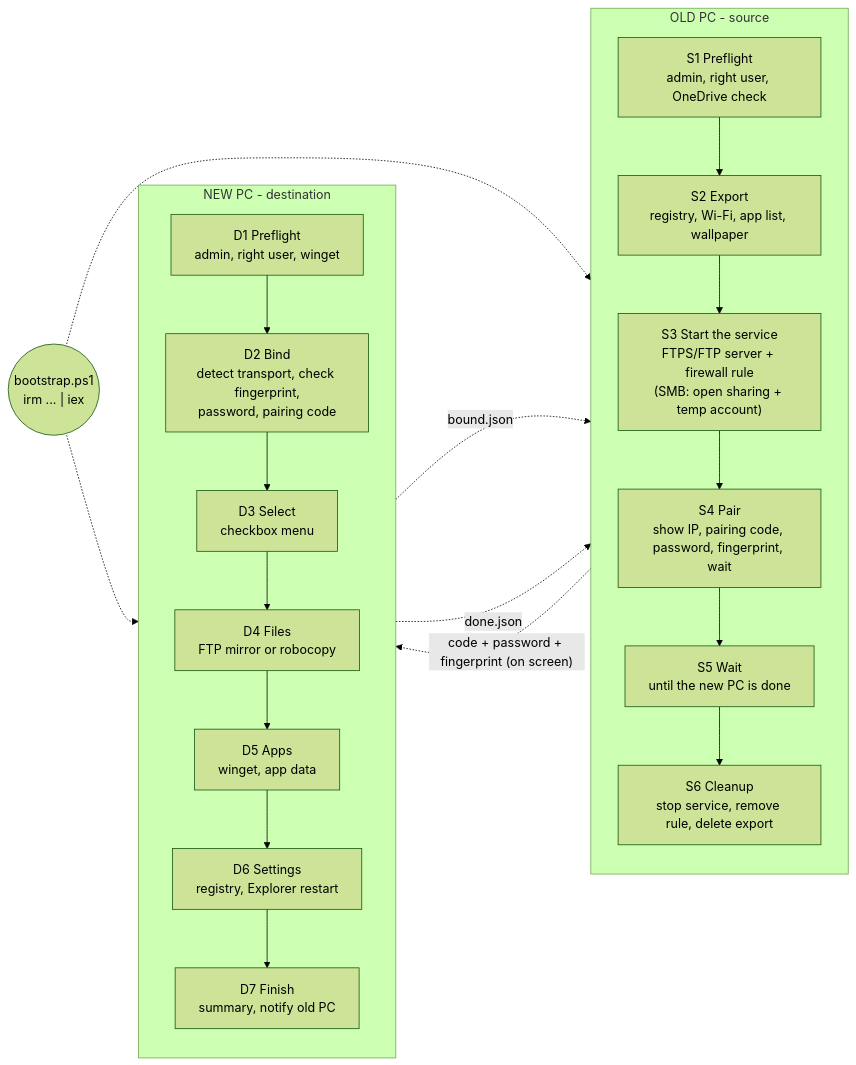
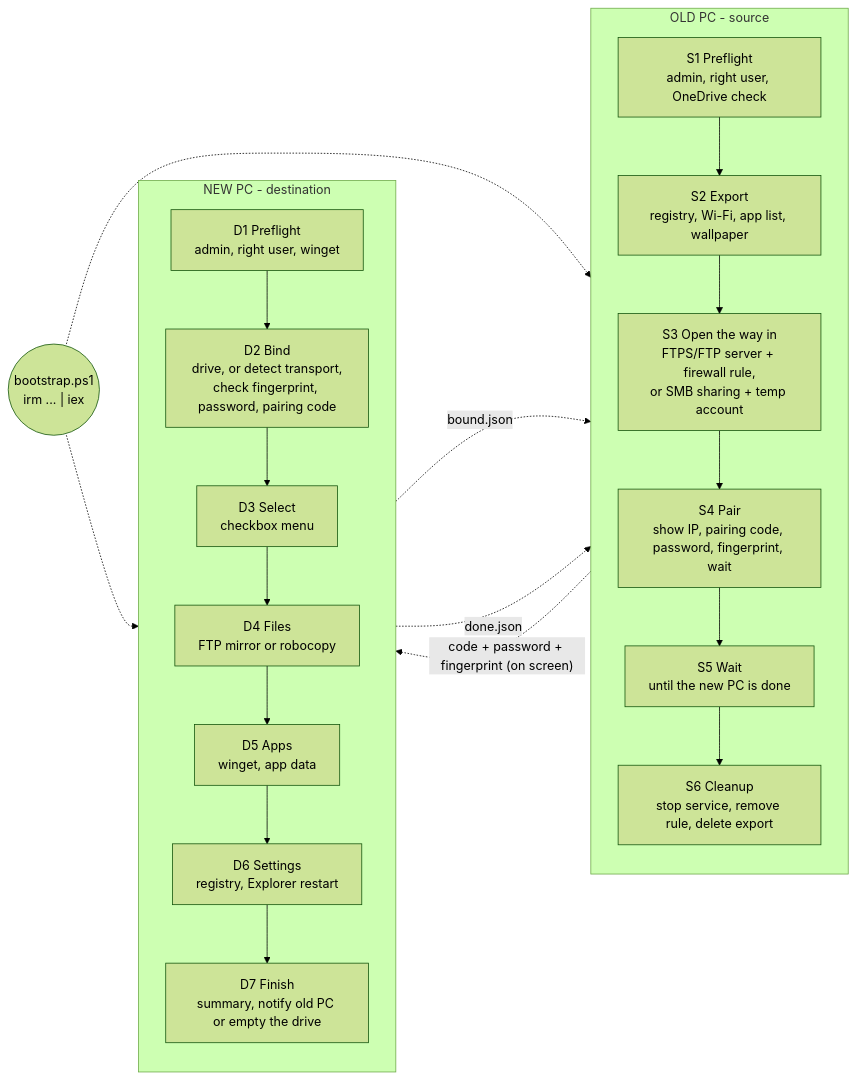
One commit to SheepasTech/windows-transfer-tool changed the second of 2 diagrams in README.md. Above: the diagram before and after it, drawn with Mermaid (forest theme). The commit also changed other lines of this file and 5 other files, not shown here.

First line of the commit message:
Add flash drive / external SSD transport; README and bootstrap use this branch

````diff
--- a/README.md
+++ b/README.md
@@ -54,29 +108,29 @@
 ```mermaid
 flowchart LR
     B(("bootstrap.ps1<br/>irm ... | iex"))
 
     subgraph OLD["OLD PC - source"]
         direction TB
         S1["S1 Preflight<br/>admin, right user, OneDrive check"] --> S2["S2 Export<br/>registry, Wi-Fi, app list, wallpaper"]
-        S2 --> S3["S3 Start the service<br/>FTPS/FTP server + firewall rule<br/>(SMB: open sharing + temp account)"]
+        S2 --> S3["S3 Open the way in<br/>FTPS/FTP server + firewall rule,<br/>or SMB sharing + temp account"]
         S3 --> S4["S4 Pair<br/>show IP, pairing code, password, fingerprint, wait"]
         S4 --> S5["S5 Wait<br/>until the new PC is done"]
         S5 --> S6["S6 Cleanup<br/>stop service, remove rule, delete export"]
     end
 
     subgraph NEW["NEW PC - destination"]
         direction TB
-        D1["D1 Preflight<br/>admin, right user, winget"] --> D2["D2 Bind<br/>detect transport, check fingerprint,<br/>password, pairing code"]
+        D1["D1 Preflight<br/>admin, right user, winget"] --> D2["D2 Bind<br/>drive, or detect transport,<br/>check fingerprint, password, pairing code"]
         D2 --> D3["D3 Select<br/>checkbox menu"]
         D3 --> D4["D4 Files<br/>FTP mirror or robocopy"]
         D4 --> D5["D5 Apps<br/>winget, app data"]
         D5 --> D6["D6 Settings<br/>registry, Explorer restart"]
-        D6 --> D7["D7 Finish<br/>summary, notify old PC"]
+        D6 --> D7["D7 Finish<br/>summary, notify old PC or empty the drive"]
     end
 
     B -.-> S1
     B -.-> D1
     S4 -. "code + password + fingerprint (on screen)" .-> D2
     D2 -. "bound.json" .-> S4
     D7 -. "done.json" .-> S5
 ```
````
